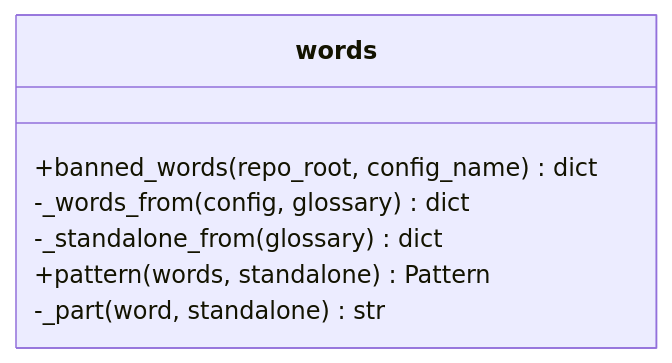
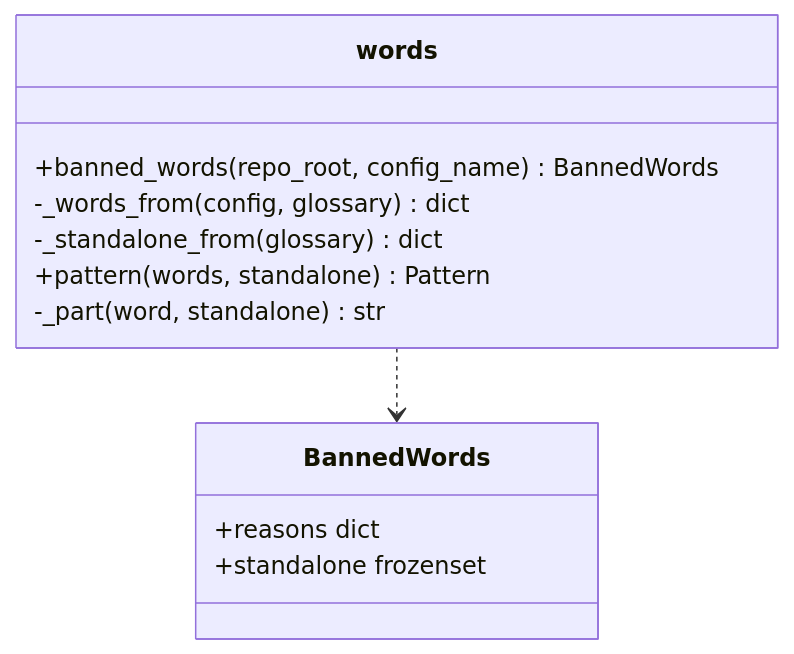
Before and after one commit to devbasex/ai-plugins: the second of 3 diagrams in issues/issue-3613-design.md, drawn with Mermaid. The commit also changed other lines of this file and 1 other file, not shown here.

````diff
--- a/issues/issue-3613-design.md
+++ b/issues/issue-3613-design.md
@@ -241,10 +241,15 @@
 ```mermaid
 classDiagram
+  class BannedWords {
+    +reasons dict
+    +standalone frozenset
+  }
   class words {
-    +banned_words(repo_root, config_name) dict
+    +banned_words(repo_root, config_name) BannedWords
     -_words_from(config, glossary) dict
     -_standalone_from(glossary) dict
     +pattern(words, standalone) Pattern
     -_part(word, standalone) str
   }
+  words ..> BannedWords
 ```
````
